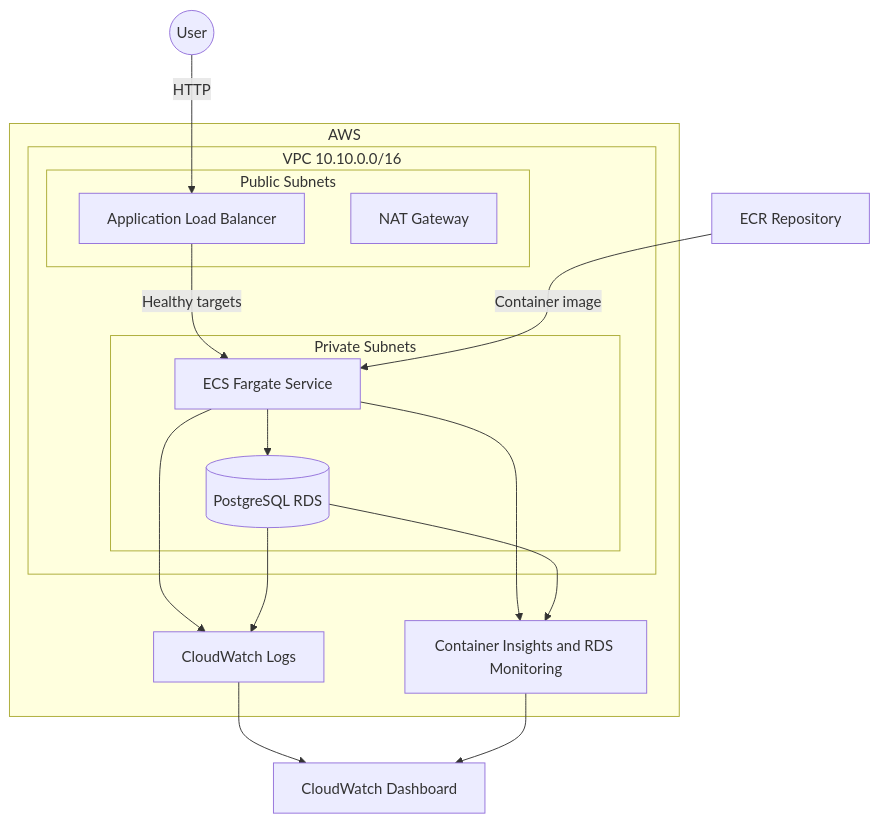
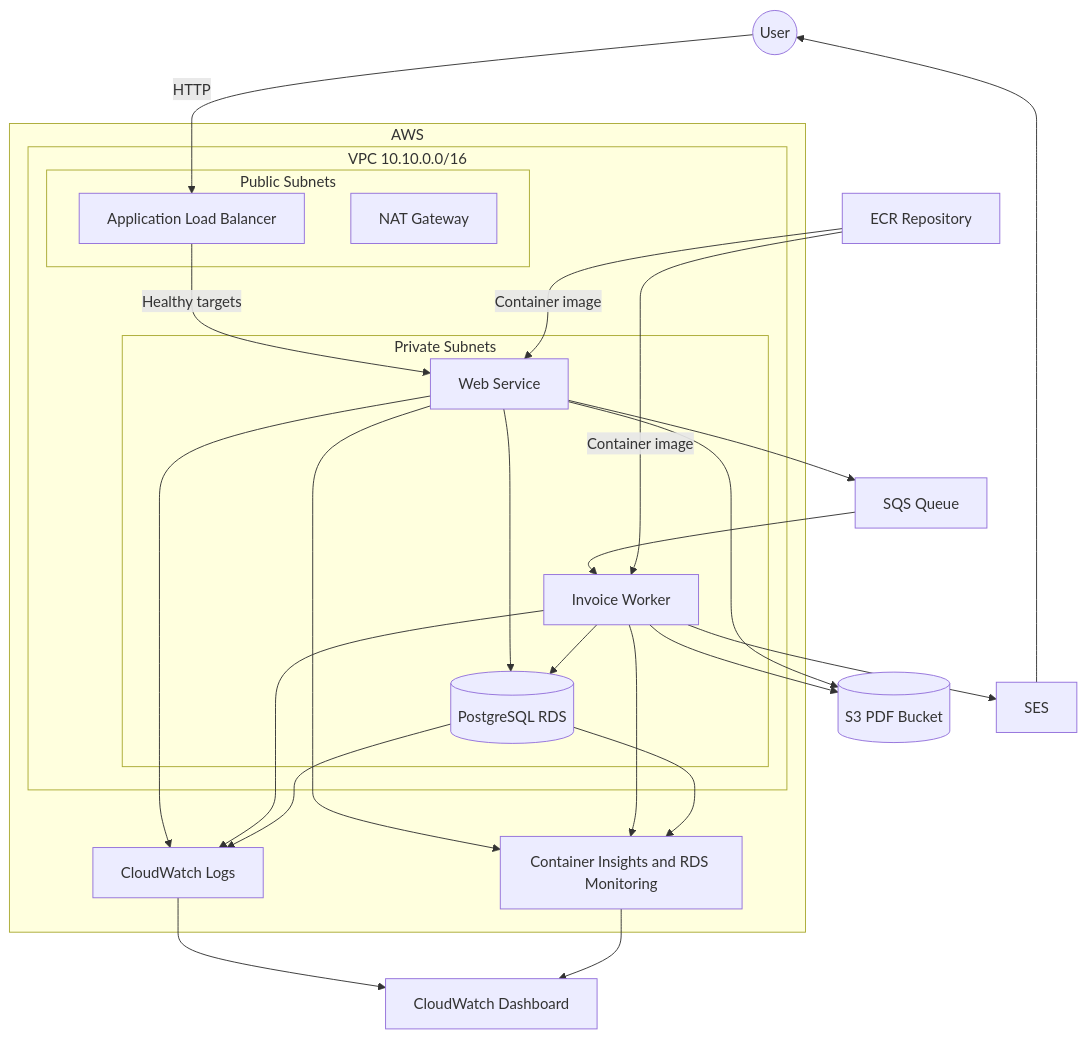
The diagram in README.md (AWS-User-Group-La-Paz/muyu-invoice-infrastructure), drawn with Mermaid before and after one commit. The commit also changed other lines of this file and 15 other files, not shown here.

First line of the commit message:
feat: add asynchronous invoice worker infrastructure (#3)

````diff
--- a/README.md
+++ b/README.md
@@ -9,34 +9,48 @@
 ```mermaid
 flowchart TB
     user((User))
     ecr[ECR Repository]
+    queue[SQS Queue]
+    bucket[(S3 PDF Bucket)]
+    email[SES]
     dashboard[CloudWatch Dashboard]
 
     subgraph aws[AWS]
         subgraph vpc[VPC 10.10.0.0/16]
             subgraph public[Public Subnets]
                 alb[Application Load Balancer]
                 nat[NAT Gateway]
             end
 
             subgraph private[Private Subnets]
-                ecs[ECS Fargate Service]
+                web[Web Service]
+                worker[Invoice Worker]
                 rds[(PostgreSQL RDS)]
             end
         end
 
         logs[CloudWatch Logs]
         insights[Container Insights and RDS Monitoring]
     end
 
     user -->|HTTP| alb
-    alb -->|Healthy targets| ecs
-    ecs --> rds
-    ecr -->|Container image| ecs
-    ecs --> logs
+    alb -->|Healthy targets| web
+    web --> queue
+    queue --> worker
+    web --> rds
+    worker --> rds
+    worker --> bucket
+    web --> bucket
+    worker --> email
+    email --> user
+    ecr -->|Container image| web
+    ecr -->|Container image| worker
+    web --> logs
+    worker --> logs
     rds --> logs
-    ecs --> insights
+    web --> insights
+    worker --> insights
     rds --> insights
     logs --> dashboard
     insights --> dashboard
 ```
````
